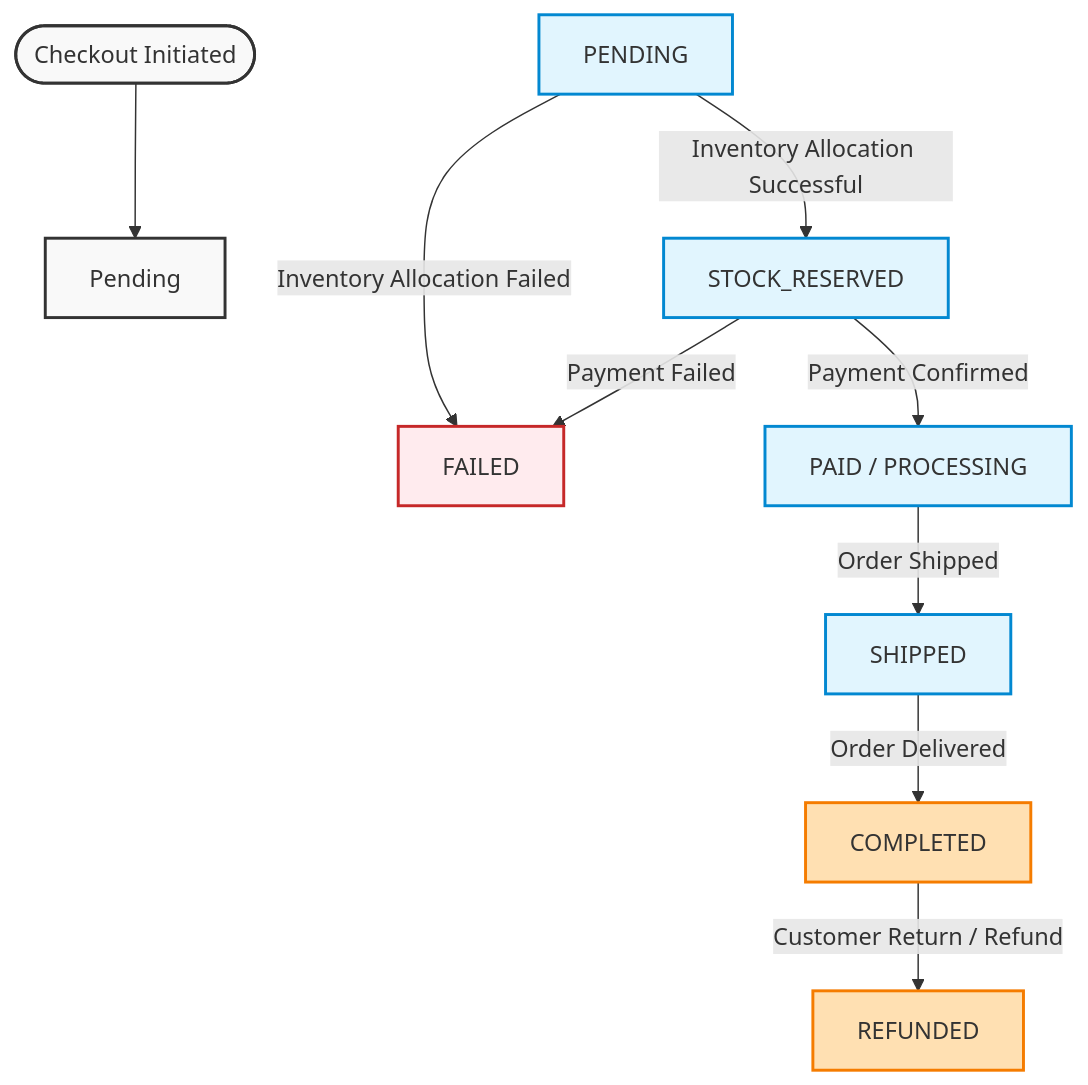
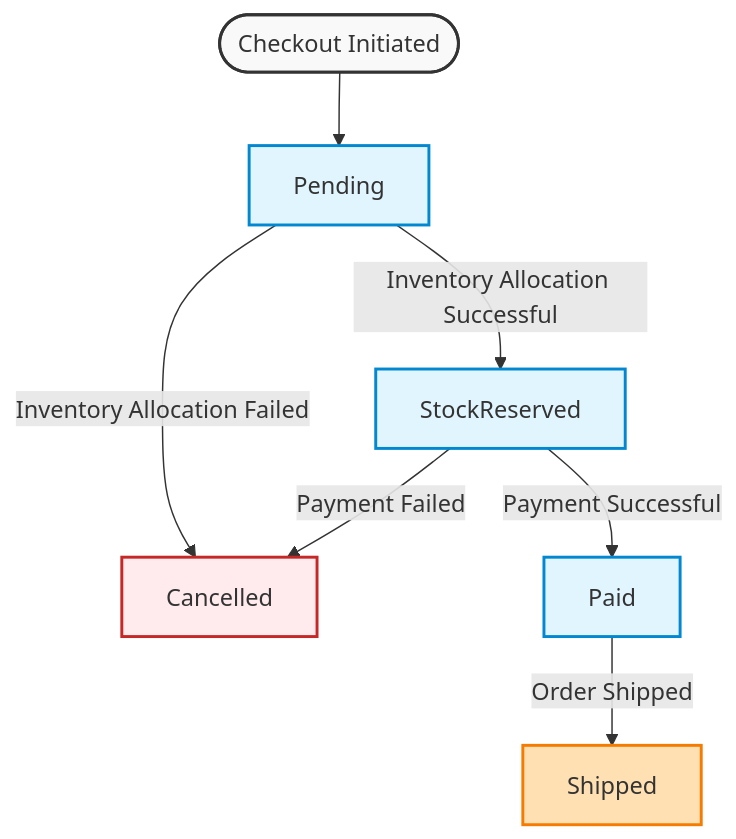
Before and after one commit to pwestlin/eshop: the diagram in README.md, drawn with Mermaid.

````diff
--- a/README.md
+++ b/README.md
@@ -10,26 +10,23 @@
 ```mermaid
 flowchart TD
     %% States
     Start([Checkout Initiated]) --> Pending[Pending]
     
-    PENDING -->|Inventory Allocation Successful| STOCK_RESERVED[STOCK_RESERVED]
-    PENDING -->|Inventory Allocation Failed| FAILED[FAILED]
+    Pending -->|Inventory Allocation Successful| StockReserved[StockReserved]
+    Pending -->|Inventory Allocation Failed| Cancelled[Cancelled]
     
-    STOCK_RESERVED -->|Payment Confirmed| PAID[PAID / PROCESSING]
-    STOCK_RESERVED -->|Payment Failed| FAILED
+    StockReserved -->|Payment Successful| Paid[Paid]
+    StockReserved -->|Payment Failed| Cancelled
     
-    PAID -->|Order Shipped| SHIPPED[SHIPPED]
-    SHIPPED -->|Order Delivered| COMPLETED[COMPLETED]
+    Paid -->|Order Shipped| Shipped[Shipped]
     
-    COMPLETED -->|Customer Return / Refund| REFUNDED[REFUNDED]
-
     %% Styling
     classDef default fill:#f9f9f9,stroke:#333,stroke-width:2px;
     classDef status fill:#e1f5fe,stroke:#0288d1,stroke-width:2px;
     classDef final fill:#ffe0b2,stroke:#f57c00,stroke-width:2px;
     classDef error fill:#ffebee,stroke:#c62828,stroke-width:2px;
     
-    class PENDING,STOCK_RESERVED,PAID,SHIPPED status;
-    class COMPLETED,REFUNDED final;
-    class FAILED error;
+    class Pending,StockReserved,Paid,Shipped status;
+    class Shipped final;
+    class Cancelled error;
 ```
````
